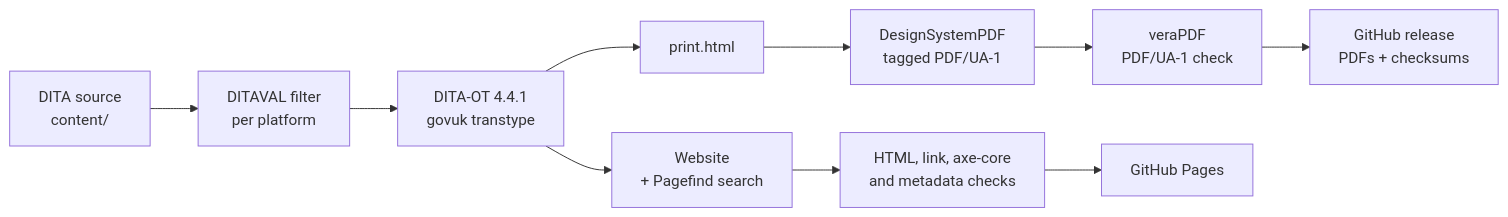
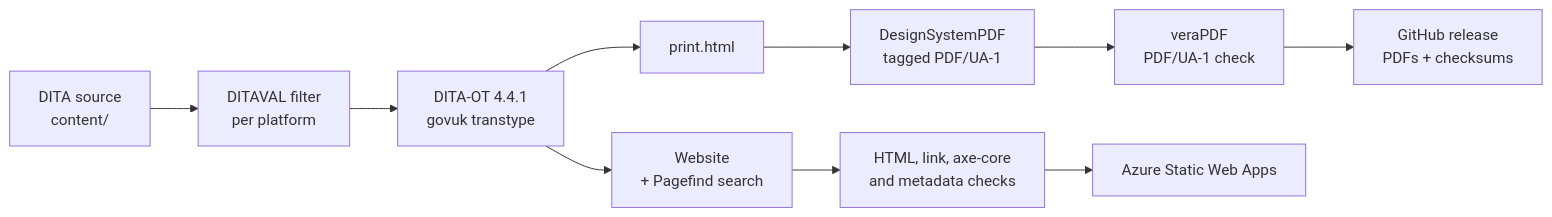
One commit to oughnic/uFTi-Docs changed the diagram in authoring/build-and-quality.md. Above: the diagram before and after it, drawn with Mermaid. The commit also changed other lines of this file and 26 other files, not shown here.

First line of the commit message:
feat(build): publish one tree of platform and uFTi release folders for a Static Web App (issue 71)

````diff
--- a/authoring/build-and-quality.md
+++ b/authoring/build-and-quality.md
@@ -9,12 +9,12 @@
 ```mermaid
 flowchart LR
     A["DITA source<br/>content/"] --> B["DITAVAL filter<br/>per platform"]
     B --> C["DITA-OT 4.4.1<br/>govuk transtype"]
     C --> D["Website<br/>+ Pagefind search"]
     C --> E["print.html"]
     E --> F["DesignSystemPDF<br/>tagged PDF/UA-1"]
     D --> G["HTML, link, axe-core<br/>and metadata checks"]
     F --> H["veraPDF<br/>PDF/UA-1 check"]
-    G --> I["GitHub Pages"]
+    G --> I["Azure Static Web Apps"]
     H --> J["GitHub release<br/>PDFs + checksums"]
 ```
````
